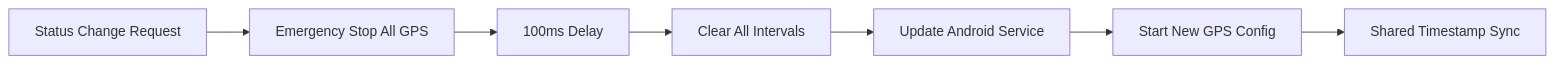
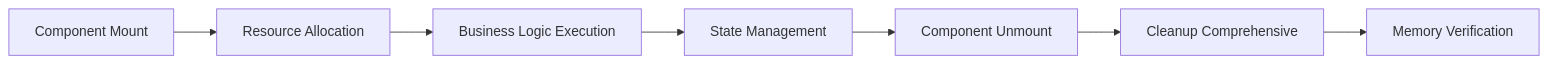
Before and after one commit to emsici/iTrack: the third of 3 diagrams in PREZENTARE_BUSINESS_iTrack.md, drawn with Mermaid. The commit also changed other lines of this file and 5 other files, not shown here.

````diff
--- a/PREZENTARE_BUSINESS_iTrack.md
+++ b/PREZENTARE_BUSINESS_iTrack.md
@@ -259,9 +238,9 @@
 ```mermaid
 graph LR
-    A[Status Change Request] --> B[Emergency Stop All GPS]
-    B --> C[100ms Delay]
-    C --> D[Clear All Intervals]
-    D --> E[Update Android Service]
-    E --> F[Start New GPS Config]
-    F --> G[Shared Timestamp Sync]
+    A[Component Mount] --> B[Resource Allocation]
+    B --> C[Business Logic Execution]
+    C --> D[State Management]
+    D --> E[Component Unmount]
+    E --> F[Cleanup Comprehensive]
+    F --> G[Memory Verification]
 ```
````
